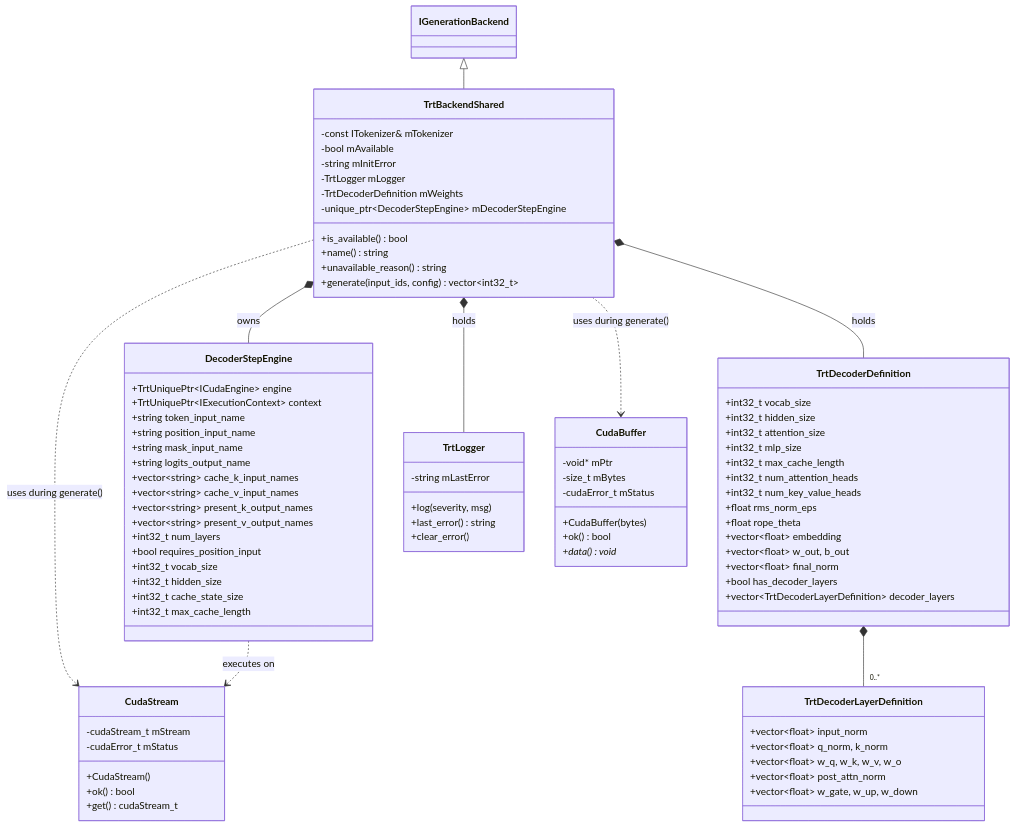
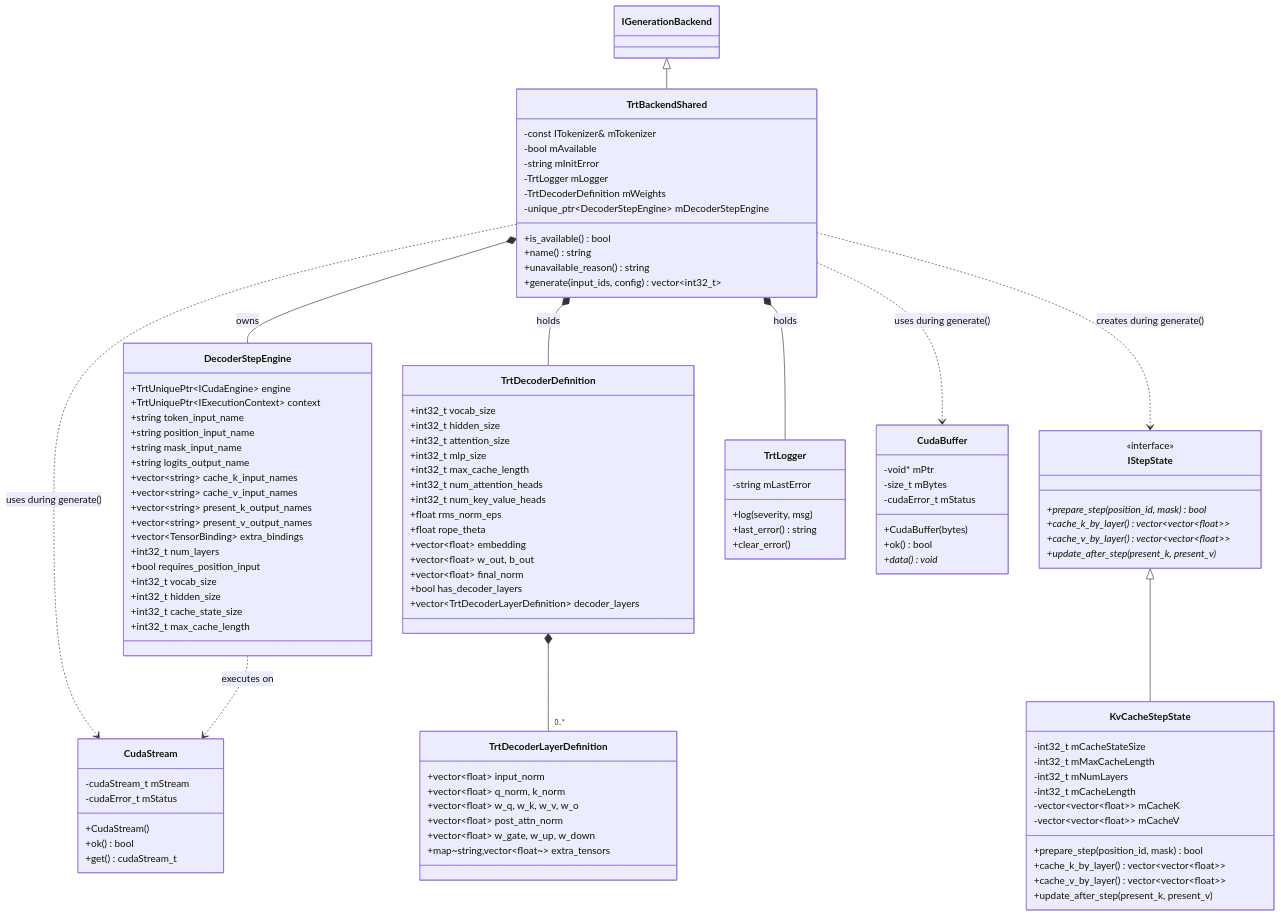
One commit to AbishekCoder1/TensorRT-Model-Connect changed the sixth of 8 diagrams in docs/wiki/Static-Design.md. Above: the diagram before and after it, drawn with Mermaid. The commit also changed other lines of this file and 17 other files, not shown here.

````diff
--- a/docs/wiki/Static-Design.md
+++ b/docs/wiki/Static-Design.md
@@ -358,12 +362,34 @@
         +vector~string~ cache_v_input_names
         +vector~string~ present_k_output_names
         +vector~string~ present_v_output_names
+        +vector~TensorBinding~ extra_bindings
         +int32_t num_layers
         +bool requires_position_input
         +int32_t vocab_size
         +int32_t hidden_size
         +int32_t cache_state_size
         +int32_t max_cache_length
+    }
+
+    class IStepState {
+        <<interface>>
+        +prepare_step(position_id, mask)* bool
+        +cache_k_by_layer()* vector~vector~float~~
+        +cache_v_by_layer()* vector~vector~float~~
+        +update_after_step(present_k, present_v)*
+    }
+
+    class KvCacheStepState {
+        -int32_t mCacheStateSize
+        -int32_t mMaxCacheLength
+        -int32_t mNumLayers
+        -int32_t mCacheLength
+        -vector~vector~float~~ mCacheK
+        -vector~vector~float~~ mCacheV
+        +prepare_step(position_id, mask) bool
+        +cache_k_by_layer() vector~vector~float~~
+        +cache_v_by_layer() vector~vector~float~~
+        +update_after_step(present_k, present_v)
     }
 
     class TrtDecoderDefinition {
@@ -389,6 +415,7 @@
         +vector~float~ w_q, w_k, w_v, w_o
         +vector~float~ post_attn_norm
         +vector~float~ w_gate, w_up, w_down
+        +map~string,vector~float~~ extra_tensors
     }
 
     class TrtLogger {
@@ -419,8 +446,10 @@
     TrtBackendShared *-- DecoderStepEngine : owns
     TrtBackendShared *-- TrtDecoderDefinition : holds
     TrtBackendShared *-- TrtLogger : holds
+    TrtBackendShared ..> IStepState : creates during generate()
     TrtBackendShared ..> CudaStream : uses during generate()
     TrtBackendShared ..> CudaBuffer : uses during generate()
+    IStepState <|-- KvCacheStepState
     TrtDecoderDefinition *-- "0..*" TrtDecoderLayerDefinition
     DecoderStepEngine ..> CudaStream : executes on
 ```
````
